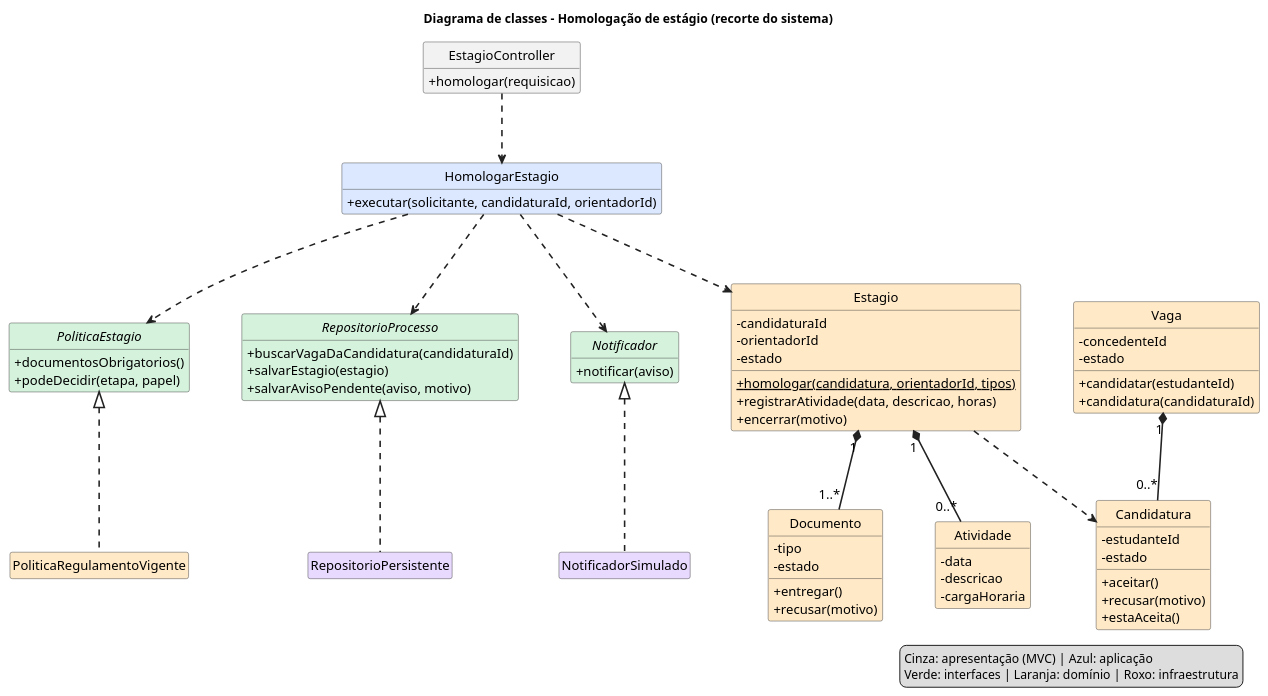
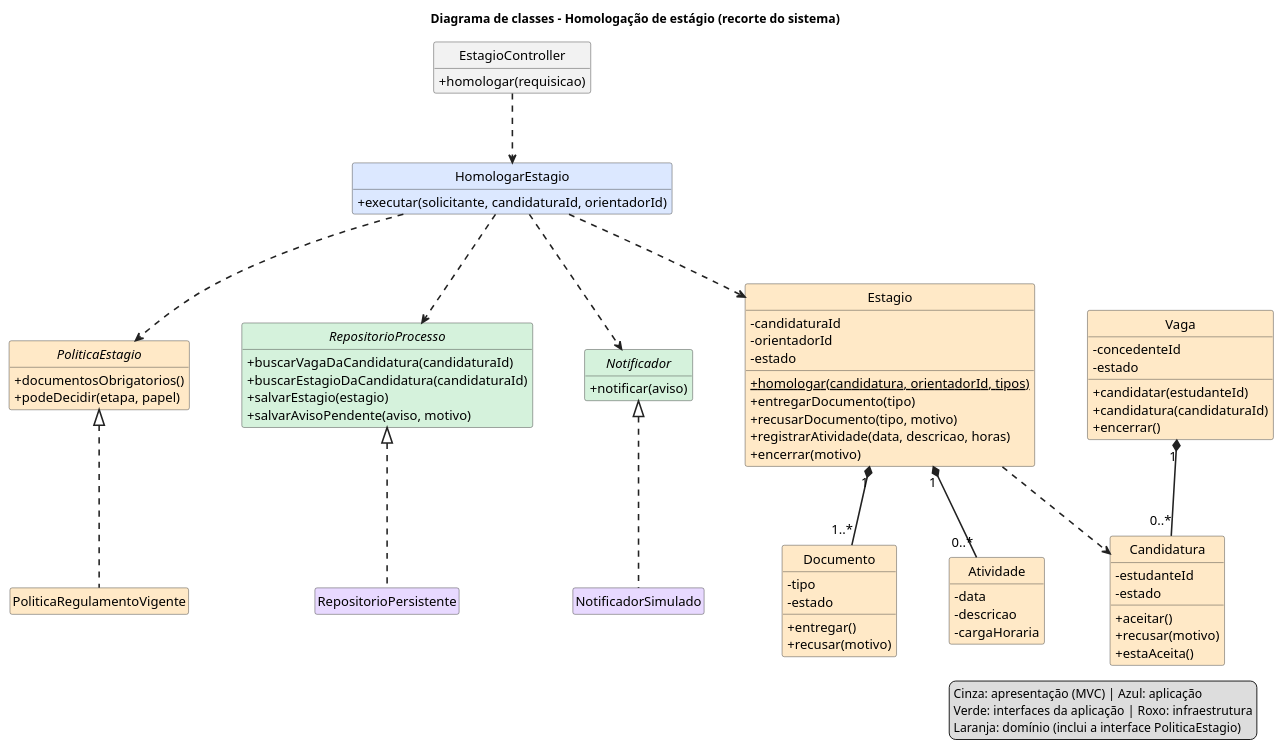
Before and after one commit to sofiawl/SoftwareDesign: the diagram in docs/diagramas/classes.puml, drawn with PlantUML. The commit also changed 6 other files, not shown here.

Commit message:
docs: update diagrams names

```diff
--- a/docs/diagramas/classes.puml
+++ b/docs/diagramas/classes.puml
@@ -1,112 +1,119 @@
 @startuml classes
 title Diagrama de classes - Homologação de estágio (recorte do sistema)
 
 skinparam classAttributeIconSize 0
 skinparam defaultFontSize 15
 skinparam ArrowThickness 1.8
 skinparam ArrowColor #222222
 skinparam shadowing false
 skinparam nodesep 60
 skinparam ranksep 80
 skinparam ClassBorderColor #333333
 skinparam ClassBackgroundColor<<apresentacao>> #F2F2F2
 skinparam ClassBackgroundColor<<app>> #DCE8FF
 skinparam ClassBackgroundColor<<contrato>> #D5F2DC
 skinparam ClassBackgroundColor<<dominio>> #FFE9C7
 skinparam ClassBackgroundColor<<infra>> #E8D9FF
 hide stereotype
 hide empty members
 hide circle
 
 ' ---------- Apresentação (MVC) ----------
 class EstagioController <<apresentacao>> {
   +homologar(requisicao)
 }
 
 ' ---------- Aplicação ----------
 class HomologarEstagio <<app>> {
   +executar(solicitante, candidaturaId, orientadorId)
 }
 
-' ---------- Interfaces (estáveis) ----------
-interface PoliticaEstagio <<contrato>> {
+' ---------- Interface de domínio (regra do regulamento) ----------
+interface PoliticaEstagio <<dominio>> {
   +documentosObrigatorios()
   +podeDecidir(etapa, papel)
 }
+
+' ---------- Interfaces da aplicação (estáveis) ----------
 interface RepositorioProcesso <<contrato>> {
   +buscarVagaDaCandidatura(candidaturaId)
+  +buscarEstagioDaCandidatura(candidaturaId)
   +salvarEstagio(estagio)
   +salvarAvisoPendente(aviso, motivo)
 }
 interface Notificador <<contrato>> {
   +notificar(aviso)
 }
 
 ' ---------- Domínio ----------
 class Estagio <<dominio>> {
   -candidaturaId
   -orientadorId
   -estado
   +{static} homologar(candidatura, orientadorId, tipos)
+  +entregarDocumento(tipo)
+  +recusarDocumento(tipo, motivo)
   +registrarAtividade(data, descricao, horas)
   +encerrar(motivo)
 }
 class Documento <<dominio>> {
   -tipo
   -estado
   +entregar()
   +recusar(motivo)
 }
 class Atividade <<dominio>> {
   -data
   -descricao
   -cargaHoraria
 }
 class Vaga <<dominio>> {
   -concedenteId
   -estado
   +candidatar(estudanteId)
   +candidatura(candidaturaId)
+  +encerrar()
 }
 class Candidatura <<dominio>> {
   -estudanteId
   -estado
   +aceitar()
   +recusar(motivo)
   +estaAceita()
 }
 
 ' ---------- Implementação de regra (domínio) ----------
 class PoliticaRegulamentoVigente <<dominio>>
 
 ' ---------- Infraestrutura ----------
 class RepositorioPersistente <<infra>>
 class NotificadorSimulado <<infra>>
 
 ' ---------- Controller delega ao caso de uso ----------
 EstagioController ..> HomologarEstagio
 
 ' ---------- Dependências do caso de uso ----------
 HomologarEstagio ..> PoliticaEstagio
 HomologarEstagio ..> RepositorioProcesso
 HomologarEstagio ..> Notificador
 HomologarEstagio ..> Estagio
 
 ' ---------- Realizações ----------
 PoliticaEstagio <|.. PoliticaRegulamentoVigente
 RepositorioProcesso <|.. RepositorioPersistente
 Notificador <|.. NotificadorSimulado
 
 ' ---------- Composições (a parte não existe sem o todo) ----------
 Estagio "1" *-- "1..*" Documento
 Estagio "1" *-- "0..*" Atividade
 Vaga "1" *-- "0..*" Candidatura
 
 ' ---------- Dependência de domínio ----------
 Estagio ..> Candidatura
 
 legend right
   Cinza: apresentação (MVC) | Azul: aplicação
-  Verde: interfaces | Laranja: domínio | Roxo: infraestrutura
+  Verde: interfaces da aplicação | Roxo: infraestrutura
+  Laranja: domínio (inclui a interface PoliticaEstagio)
 endlegend
 @enduml
```
